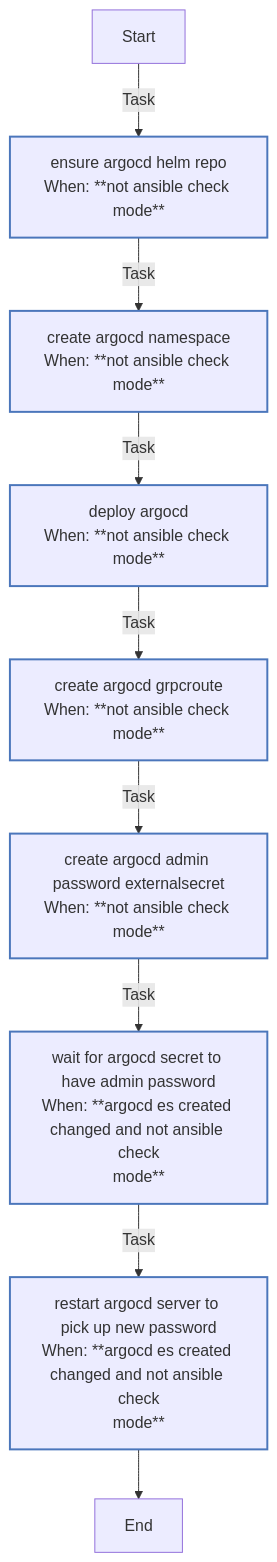
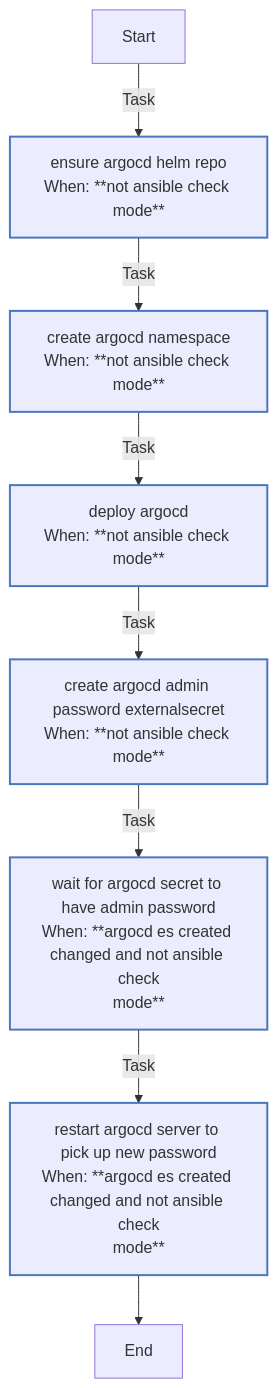
The diagram in roles/argocd/README.md (rou-cru/k3s-homelab), drawn with Mermaid before and after one commit. The commit also changed other lines of this file and 21 other files, not shown here.

````diff
--- a/roles/argocd/README.md
+++ b/roles/argocd/README.md
@@ -131,21 +130,20 @@
 ```mermaid
 flowchart TD
 Start
 classDef block stroke:#3498db,stroke-width:2px;
 classDef task stroke:#4b76bb,stroke-width:2px;
 classDef includeTasks stroke:#16a085,stroke-width:2px;
 classDef importTasks stroke:#34495e,stroke-width:2px;
 classDef includeRole stroke:#2980b9,stroke-width:2px;
 classDef importRole stroke:#699ba7,stroke-width:2px;
 classDef includeVars stroke:#8e44ad,stroke-width:2px;
 classDef rescue stroke:#665352,stroke-width:2px;
 
   Start-->|Task| Ensure_ArgoCD_Helm_repo0[ensure argocd helm repo<br>When: **not ansible check mode**]:::task
   Ensure_ArgoCD_Helm_repo0-->|Task| Create_argocd_namespace1[create argocd namespace<br>When: **not ansible check mode**]:::task
   Create_argocd_namespace1-->|Task| Deploy_ArgoCD2[deploy argocd<br>When: **not ansible check mode**]:::task
-  Deploy_ArgoCD2-->|Task| Create_ArgoCD_GRPCRoute3[create argocd grpcroute<br>When: **not ansible check mode**]:::task
-  Create_ArgoCD_GRPCRoute3-->|Task| Create_ArgoCD_Admin_Password_ExternalSecret4[create argocd admin password externalsecret<br>When: **not ansible check mode**]:::task
-  Create_ArgoCD_Admin_Password_ExternalSecret4-->|Task| Wait_for_argocd_secret_to_have_admin_password5[wait for argocd secret to have admin password<br>When: **argocd es created changed and not ansible check<br>mode**]:::task
-  Wait_for_argocd_secret_to_have_admin_password5-->|Task| Restart_ArgoCD_Server_to_pick_up_new_password6[restart argocd server to pick up new password<br>When: **argocd es created changed and not ansible check<br>mode**]:::task
-  Restart_ArgoCD_Server_to_pick_up_new_password6-->End
+  Deploy_ArgoCD2-->|Task| Create_ArgoCD_Admin_Password_ExternalSecret3[create argocd admin password externalsecret<br>When: **not ansible check mode**]:::task
+  Create_ArgoCD_Admin_Password_ExternalSecret3-->|Task| Wait_for_argocd_secret_to_have_admin_password4[wait for argocd secret to have admin password<br>When: **argocd es created changed and not ansible check<br>mode**]:::task
+  Wait_for_argocd_secret_to_have_admin_password4-->|Task| Restart_ArgoCD_Server_to_pick_up_new_password5[restart argocd server to pick up new password<br>When: **argocd es created changed and not ansible check<br>mode**]:::task
+  Restart_ArgoCD_Server_to_pick_up_new_password5-->End
 ```
````
